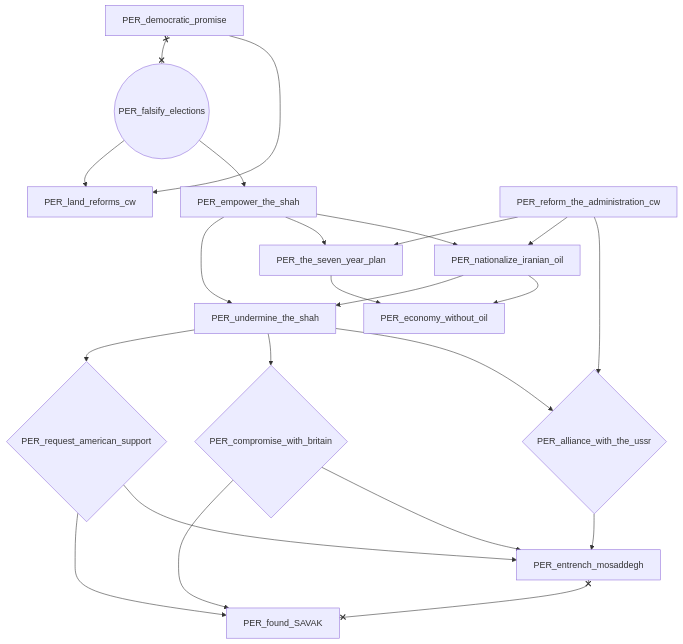
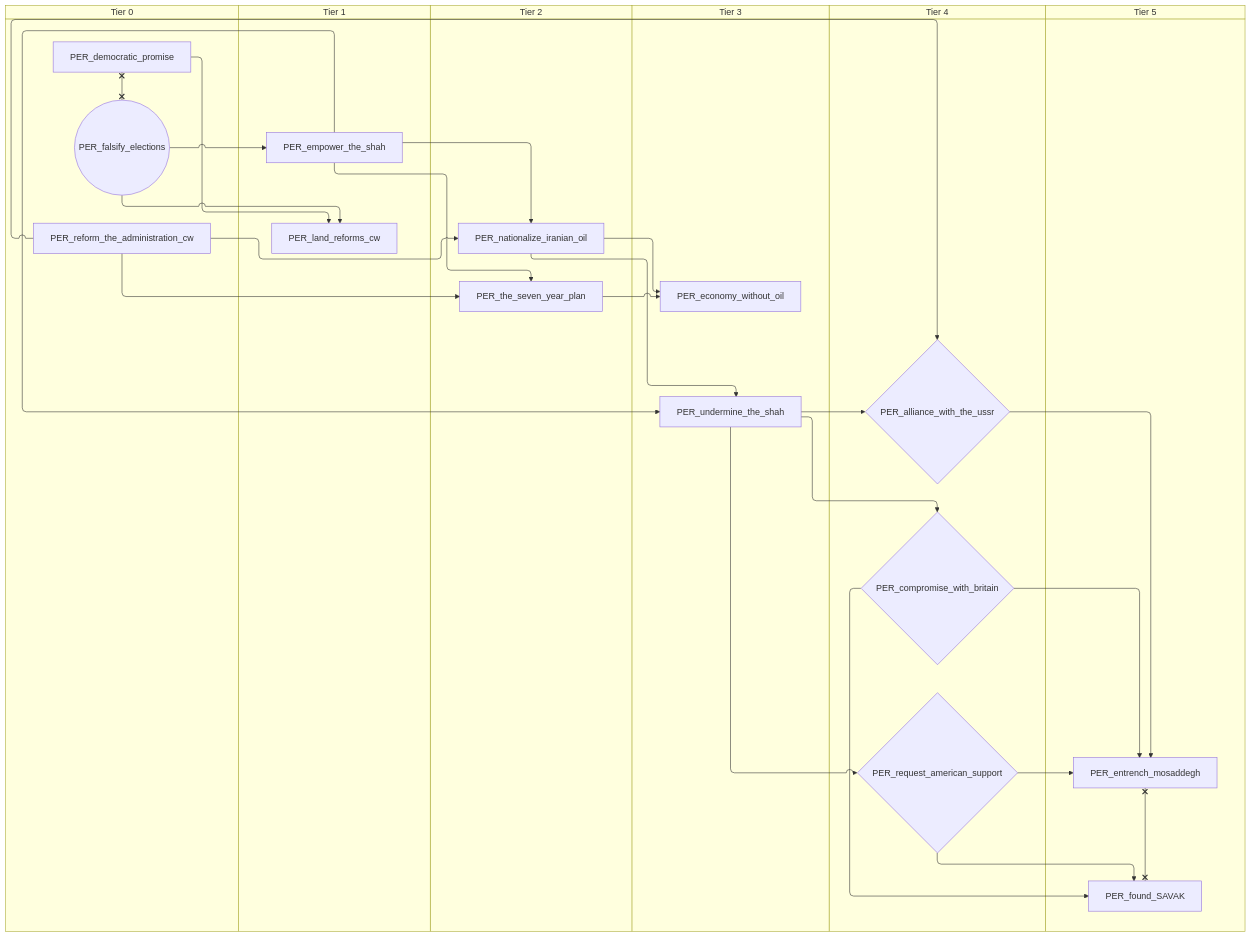
The fifth of 9 diagrams in docs/gdd/National Focuses/r56/r56_persia.md (evgeny-sobol/hoi4-sandbox-mode-r56), drawn with Mermaid before and after one commit. The commit also changed other lines of this file and 423 other files, not shown here.

First line of the commit message:
Re-export Rt56 focus trees as swimlane diagrams

````diff
--- a/docs/gdd/National Focuses/r56/r56_persia.md
+++ b/docs/gdd/National Focuses/r56/r56_persia.md
@@ -248,39 +296,51 @@
 ```mermaid
-flowchart TD
-    n60{"PER_alliance_with_the_ussr"}
-    n61{"PER_compromise_with_britain"}
-    n62["PER_democratic_promise"]
-    n63["PER_economy_without_oil"]
-    n64["PER_empower_the_shah"]
-    n65["PER_entrench_mosaddegh"]
-    n66(("PER_falsify_elections"))
-    n67["PER_found_SAVAK"]
-    n68["PER_land_reforms_cw"]
-    n69["PER_nationalize_iranian_oil"]
-    n70["PER_reform_the_administration_cw"]
-    n71{"PER_request_american_support"}
-    n72["PER_the_seven_year_plan"]
-    n73["PER_undermine_the_shah"]
-    n73 --> n60
-    n70 --> n60
-    n73 --> n61
-    n69 --> n63
-    n72 --> n63
-    n66 --> n64
-    n71 --> n65
+swimlane-beta TD
+    subgraph tier_0["Tier 0"]
+        n60["PER_democratic_promise"]
+        n62(("PER_falsify_elections"))
+        n64["PER_reform_the_administration_cw"]
+    end
+    subgraph tier_1["Tier 1"]
+        n61["PER_empower_the_shah"]
+        n63["PER_land_reforms_cw"]
+    end
+    subgraph tier_2["Tier 2"]
+        n65["PER_nationalize_iranian_oil"]
+        n66["PER_the_seven_year_plan"]
+    end
+    subgraph tier_3["Tier 3"]
+        n67["PER_economy_without_oil"]
+        n68["PER_undermine_the_shah"]
+    end
+    subgraph tier_4["Tier 4"]
+        n69{"PER_alliance_with_the_ussr"}
+        n70{"PER_compromise_with_britain"}
+        n71{"PER_request_american_support"}
+    end
+    subgraph tier_5["Tier 5"]
+        n72["PER_entrench_mosaddegh"]
+        n73["PER_found_SAVAK"]
+    end
+    n68 --> n69
+    n64 --> n69
+    n68 --> n70
+    n65 --> n67
+    n66 --> n67
+    n62 --> n61
+    n71 --> n72
+    n70 --> n72
+    n69 --> n72
+    n71 --> n73
+    n70 --> n73
+    n60 --> n63
+    n62 --> n63
+    n64 --> n65
     n61 --> n65
-    n60 --> n65
-    n71 --> n67
-    n61 --> n67
-    n62 --> n68
-    n66 --> n68
-    n70 --> n69
-    n64 --> n69
-    n73 --> n71
-    n64 --> n72
-    n70 --> n72
-    n69 --> n73
-    n64 --> n73
-    n62 x--x n66
-    n65 x--x n67
+    n68 --> n71
+    n61 --> n66
+    n64 --> n66
+    n65 --> n68
+    n61 --> n68
+    n60 x--x n62
+    n72 x--x n73
 ```
````
